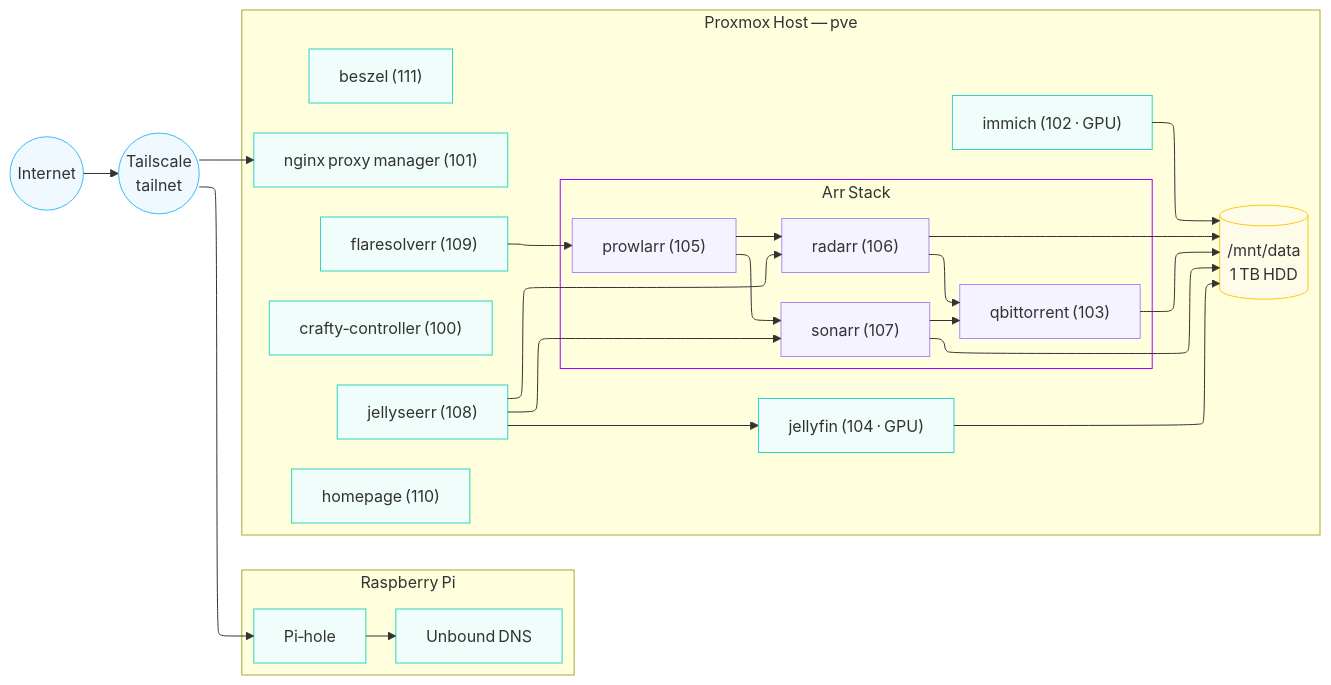
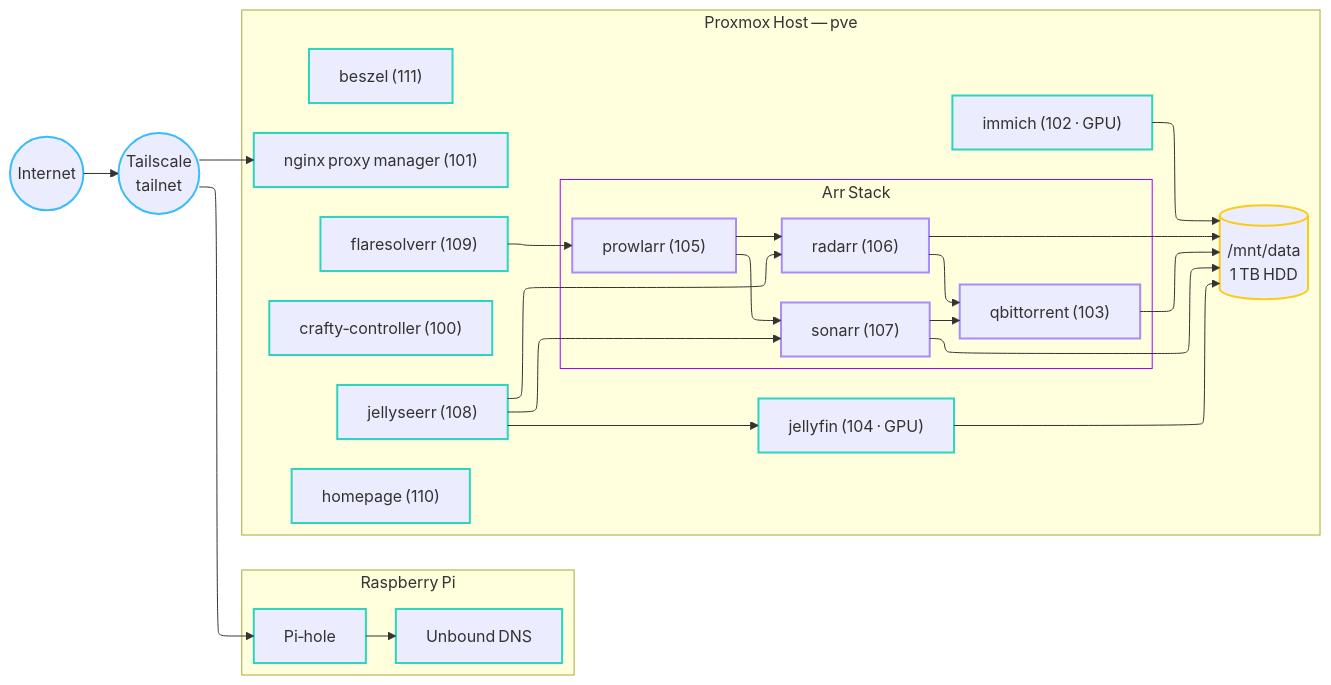
Before and after one commit to EthanFavis/Ethanet: the diagram in diagrams/network.mmd, drawn with Mermaid. The commit also changed 1 other file, not shown here.

Commit message:
Drop fill colors from diagram classDefs
Pastel fills washed out on GitHub's dark theme and reduced text
contrast. Strokes carry the same category coloring on both themes.

```diff
--- a/diagrams/network.mmd
+++ b/diagrams/network.mmd
@@ -1,62 +1,62 @@
 ---
 config:
   layout: elk
 ---
 flowchart LR
  subgraph Pi["Raspberry Pi"]
         Pihole["Pi‑hole"]
         Unbound["Unbound DNS"]
   end
  subgraph ARR["Arr Stack"]
         Prowlarr["prowlarr (105)"]
         Radarr["radarr (106)"]
         Sonarr["sonarr (107)"]
         QB["qbittorrent (103)"]
   end
  subgraph PVE["Proxmox Host — pve"]
         Homepage["homepage (110)"]
         NPM["nginx proxy manager (101)"]
         Crafty["crafty‑controller (100)"]
         Beszel["beszel (111)"]
         Flare["flaresolverr (109)"]
         ARR
         Seerr["jellyseerr (108)"]
         Jellyfin["jellyfin (104 · GPU)"]
         Immich["immich (102 · GPU)"]
         Storage[("/mnt/data<br>1 TB HDD")]
   end
     Internet(("Internet")) --> Tailnet(("Tailscale<br>tailnet"))
     Pihole --> Unbound
     Prowlarr --> Radarr & Sonarr
     Radarr --> QB & Storage
     Sonarr --> QB & Storage
     Tailnet --> Pihole & NPM
     Flare --> Prowlarr
     Seerr --> Radarr & Sonarr & Jellyfin
     QB --> Storage
     Jellyfin --> Storage
     Immich --> Storage
 
      Internet:::network
      Tailnet:::network
      Pihole:::service
      Unbound:::service
      Homepage:::service
      NPM:::service
      Crafty:::service
      Beszel:::service
      Flare:::service
      Prowlarr:::media
      Radarr:::media
      Sonarr:::media
      QB:::media
      Seerr:::service
      Jellyfin:::service
      Immich:::service
      Storage:::storage
-    classDef infra stroke:#818cf8,fill:#eef2ff
-    classDef service stroke:#2dd4bf,fill:#f0fdfa
-    classDef storage stroke:#facc15,fill:#fefce8
-    classDef network stroke:#38bdf8,fill:#f0f9ff
-    classDef media stroke:#a78bfa,fill:#f5f3ff
+    classDef infra stroke:#818cf8,stroke-width:2px
+    classDef service stroke:#2dd4bf,stroke-width:2px
+    classDef storage stroke:#facc15,stroke-width:2px
+    classDef network stroke:#38bdf8,stroke-width:2px
+    classDef media stroke:#a78bfa,stroke-width:2px
     style ARR stroke:#AA00FF
```
